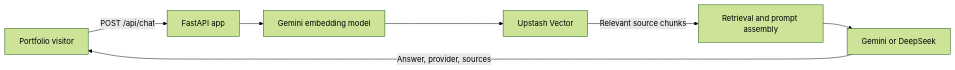
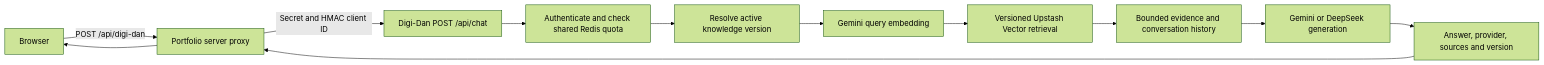
The first of 2 diagrams in README.md (private-dev-ph/Digi-Dan), drawn with Mermaid (forest theme) before and after one commit. The commit also changed other lines of this file and 13 other files, not shown here.

Commit message:
Documentation, ReadME, and Showcase update to reflect the new resume content sync feature, including architecture, conversation continuity, knowledge assembly, migration, versioning, and production integration details.

````diff
--- a/README.md
+++ b/README.md
@@ -49,9 +51,14 @@
 ```mermaid
 flowchart LR
-    V[Portfolio visitor] -->|POST /api/chat| A[FastAPI app]
-    A --> E[Gemini embedding model]
-    E --> U[Upstash Vector]
-    U -->|Relevant source chunks| R[Retrieval and prompt assembly]
-    R --> G[Gemini or DeepSeek]
-    G -->|Answer, provider, sources| V
+    B[Browser] -->|POST /api/digi-dan| P[Portfolio server proxy]
+    P -->|Secret and HMAC client ID| A[Digi-Dan POST /api/chat]
+    A --> L[Authenticate and check shared Redis quota]
+    L --> K[Resolve active knowledge version]
+    K --> E[Gemini query embedding]
+    E --> V[Versioned Upstash Vector retrieval]
+    V --> C[Bounded evidence and conversation history]
+    C --> G[Gemini or DeepSeek generation]
+    G --> R[Answer, provider, sources and version]
+    R --> P
+    P --> B
 ```
````
